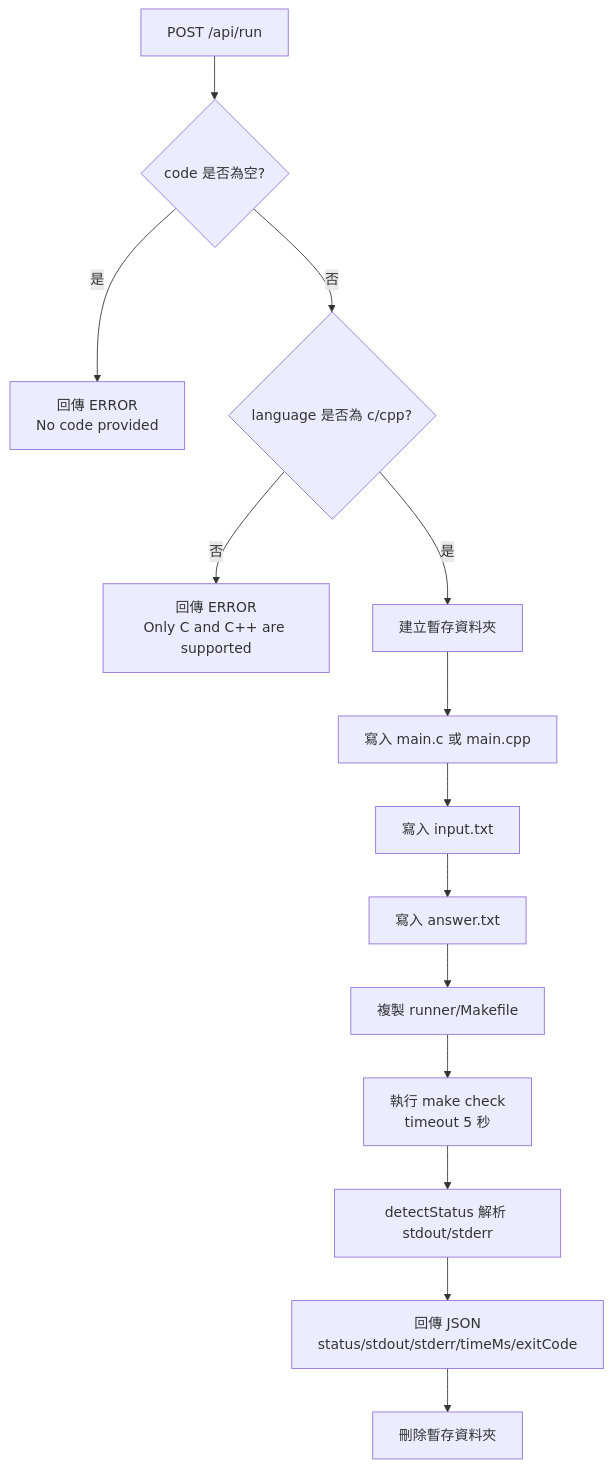
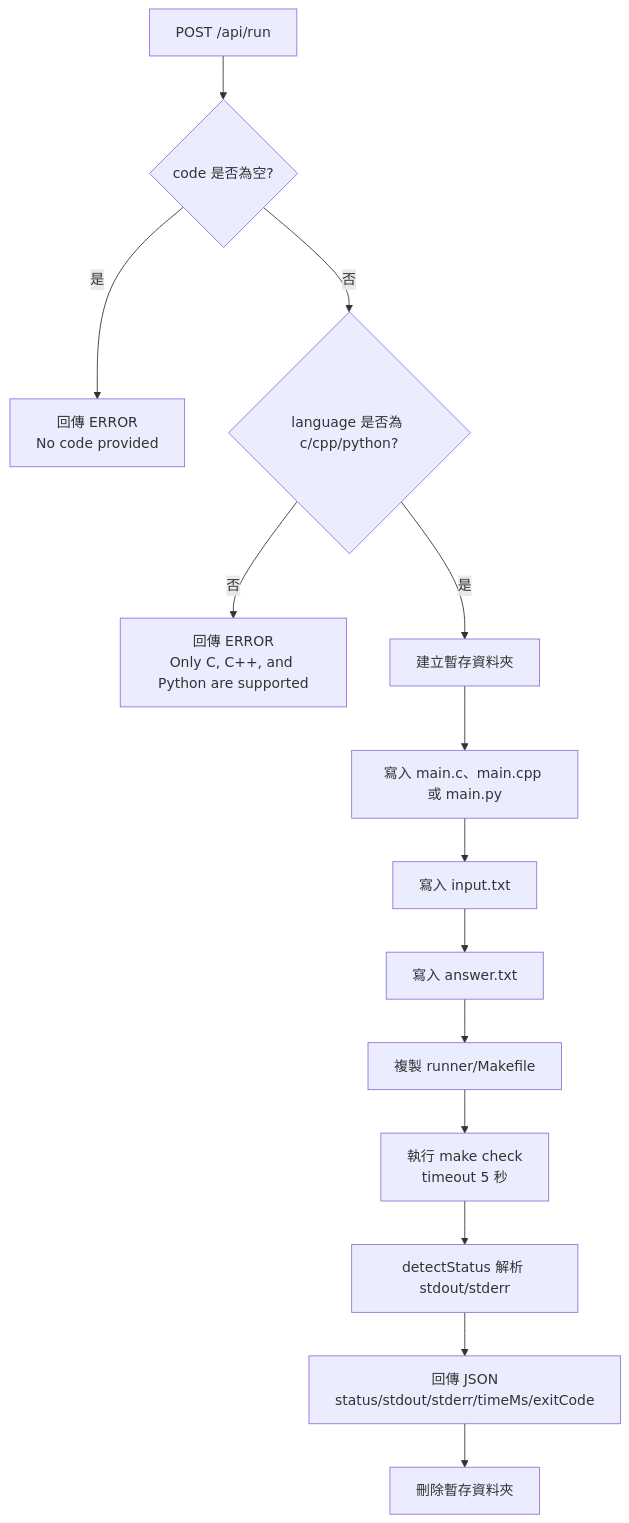
The fourth of 6 diagrams in FLOW.md (brianlin1213/proj-mini-oj), drawn with Mermaid before and after one commit. The commit also changed other lines of this file and 3 other files, not shown here.

````diff
--- a/FLOW.md
+++ b/FLOW.md
@@ -154,16 +155,16 @@
 ```mermaid
 flowchart TD
     A[POST /api/run] --> B{code 是否為空?}
     B -->|是| C[回傳 ERROR<br/>No code provided]
-    B -->|否| D{language 是否為 c/cpp?}
-    D -->|否| E[回傳 ERROR<br/>Only C and C++ are supported]
+    B -->|否| D{language 是否為 c/cpp/python?}
+    D -->|否| E[回傳 ERROR<br/>Only C, C++, and Python are supported]
     D -->|是| F[建立暫存資料夾]
-    F --> G[寫入 main.c 或 main.cpp]
+    F --> G[寫入 main.c、main.cpp 或 main.py]
     G --> H[寫入 input.txt]
     H --> I[寫入 answer.txt]
     I --> J[複製 runner/Makefile]
     J --> K[執行 make check<br/>timeout 5 秒]
     K --> L[detectStatus 解析 stdout/stderr]
     L --> M[回傳 JSON<br/>status/stdout/stderr/timeMs/exitCode]
     M --> N[刪除暫存資料夾]
 ```
````
